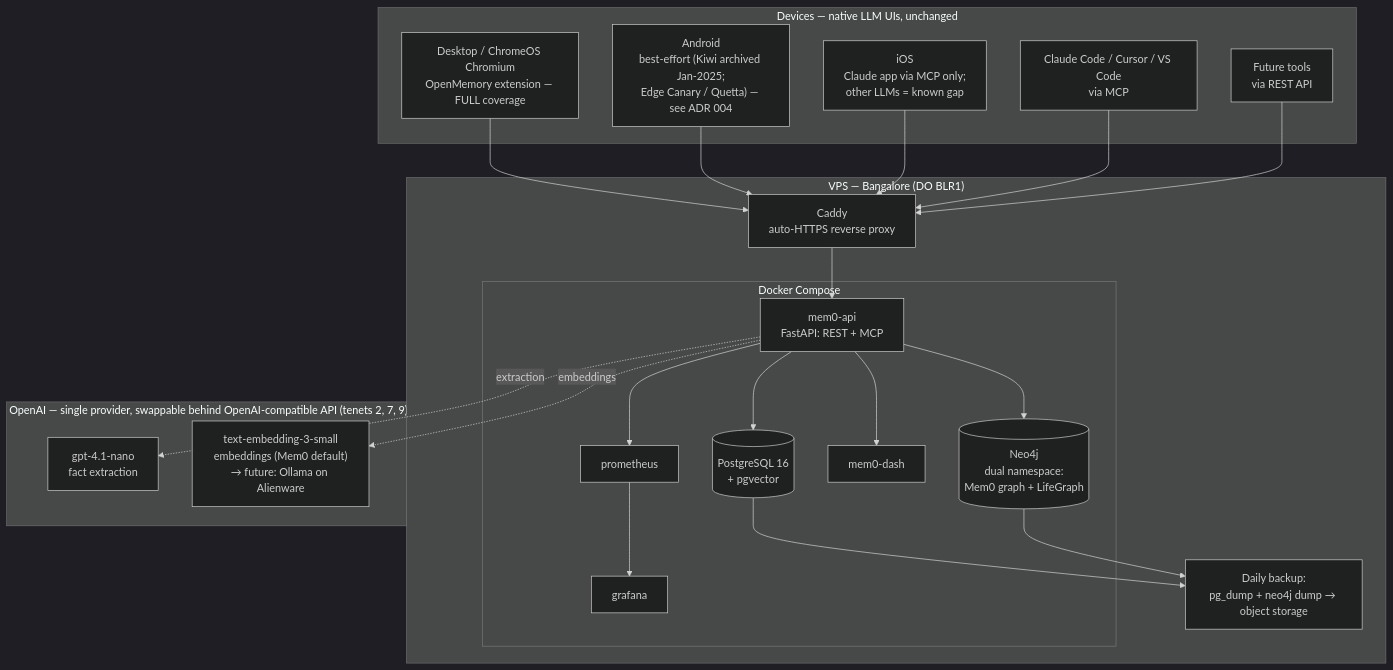
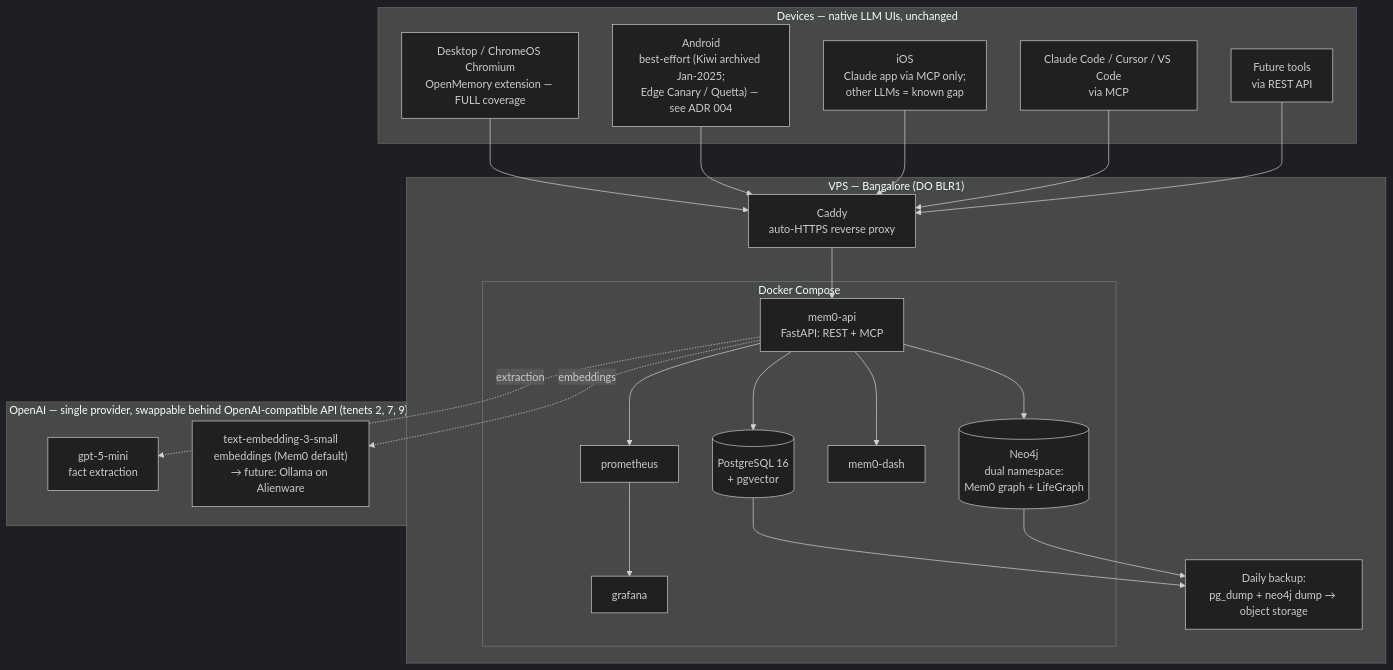
Before and after one commit to vvbch/ai-memory-infra: the diagram in docs/architecture.md, drawn with Mermaid (dark theme). The commit also changed other lines of this file and 12 other files, not shown here.

First line of the commit message:
docs+config: land 2026-06-06 decisions (gpt-5-mini, Tenet 11, ADRs 014/015)

````diff
--- a/docs/architecture.md
+++ b/docs/architecture.md
@@ -10,40 +10,40 @@
 ```mermaid
 flowchart TB
     subgraph Devices["Devices — native LLM UIs, unchanged"]
         D1["Desktop / ChromeOS Chromium<br/>OpenMemory extension — FULL coverage"]
         D2["Android<br/>best-effort (Kiwi archived Jan-2025;<br/>Edge Canary / Quetta) — see ADR 004"]
         D3["iOS<br/>Claude app via MCP only;<br/>other LLMs = known gap"]
         D4["Claude Code / Cursor / VS Code<br/>via MCP"]
         D5["Future tools<br/>via REST API"]
     end
 
     subgraph VPS["VPS — Bangalore (DO BLR1)"]
         CADDY["Caddy<br/>auto-HTTPS reverse proxy"]
         subgraph Compose["Docker Compose"]
             API["mem0-api<br/>FastAPI: REST + MCP"]
             PG[("PostgreSQL 16<br/>+ pgvector")]
             NEO[("Neo4j<br/>dual namespace:<br/>Mem0 graph + LifeGraph")]
             DASH["mem0-dash"]
             PROM["prometheus"]
             GRAF["grafana"]
         end
         BACKUP["Daily backup:<br/>pg_dump + neo4j dump → object storage"]
     end
 
     subgraph Models["OpenAI — single provider, swappable behind OpenAI-compatible API (tenets 2, 7, 9)"]
-        LLM["gpt-4.1-nano<br/>fact extraction"]
+        LLM["gpt-5-mini<br/>fact extraction"]
         EMB["text-embedding-3-small<br/>embeddings (Mem0 default)<br/>→ future: Ollama on Alienware"]
     end
 
     D1 & D2 & D3 & D4 & D5 --> CADDY
     CADDY --> API
     API --> PG
     API --> NEO
     API --> DASH
     API -.extraction.-> LLM
     API -.embeddings.-> EMB
     PROM --> GRAF
     API --> PROM
     PG --> BACKUP
     NEO --> BACKUP
 ```
````
